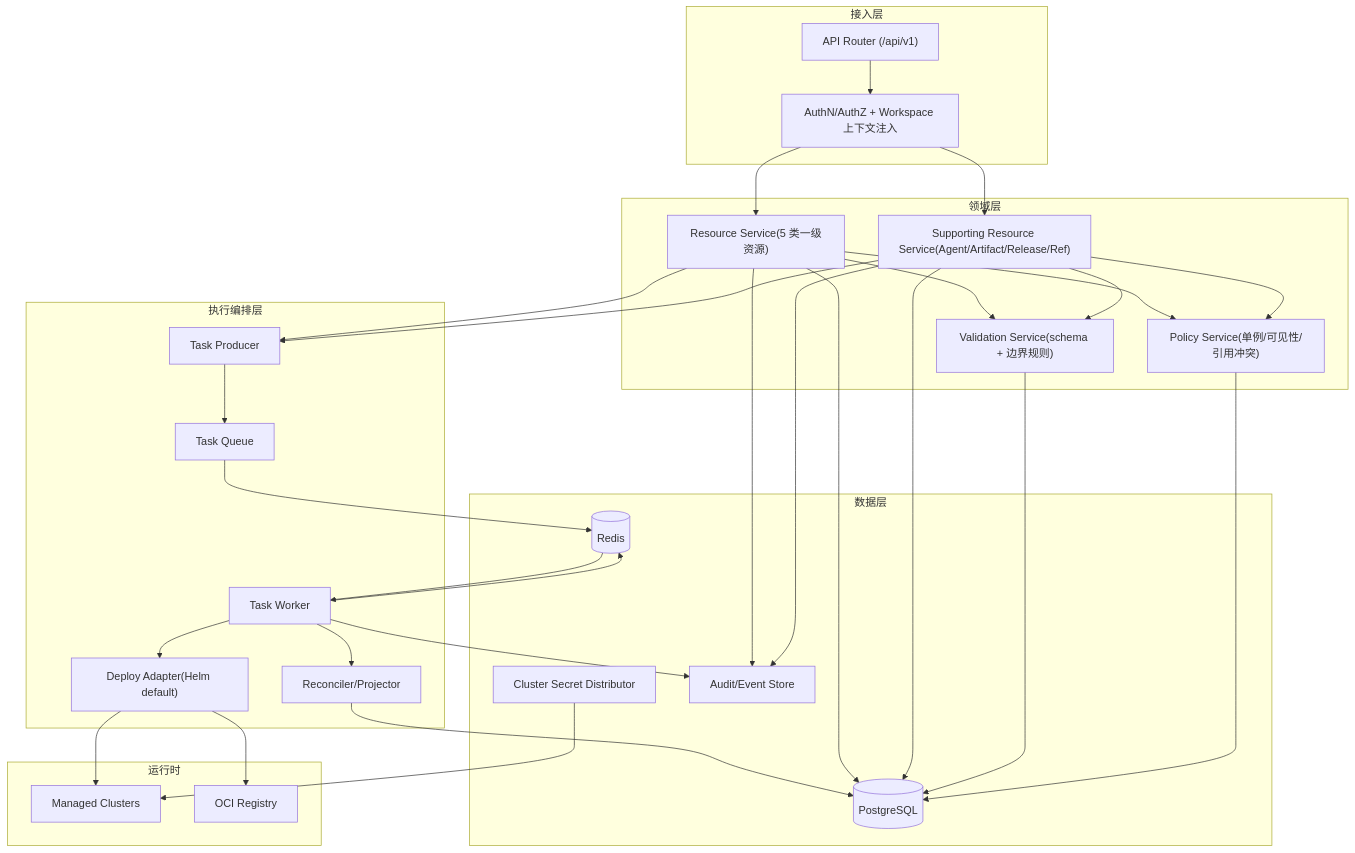
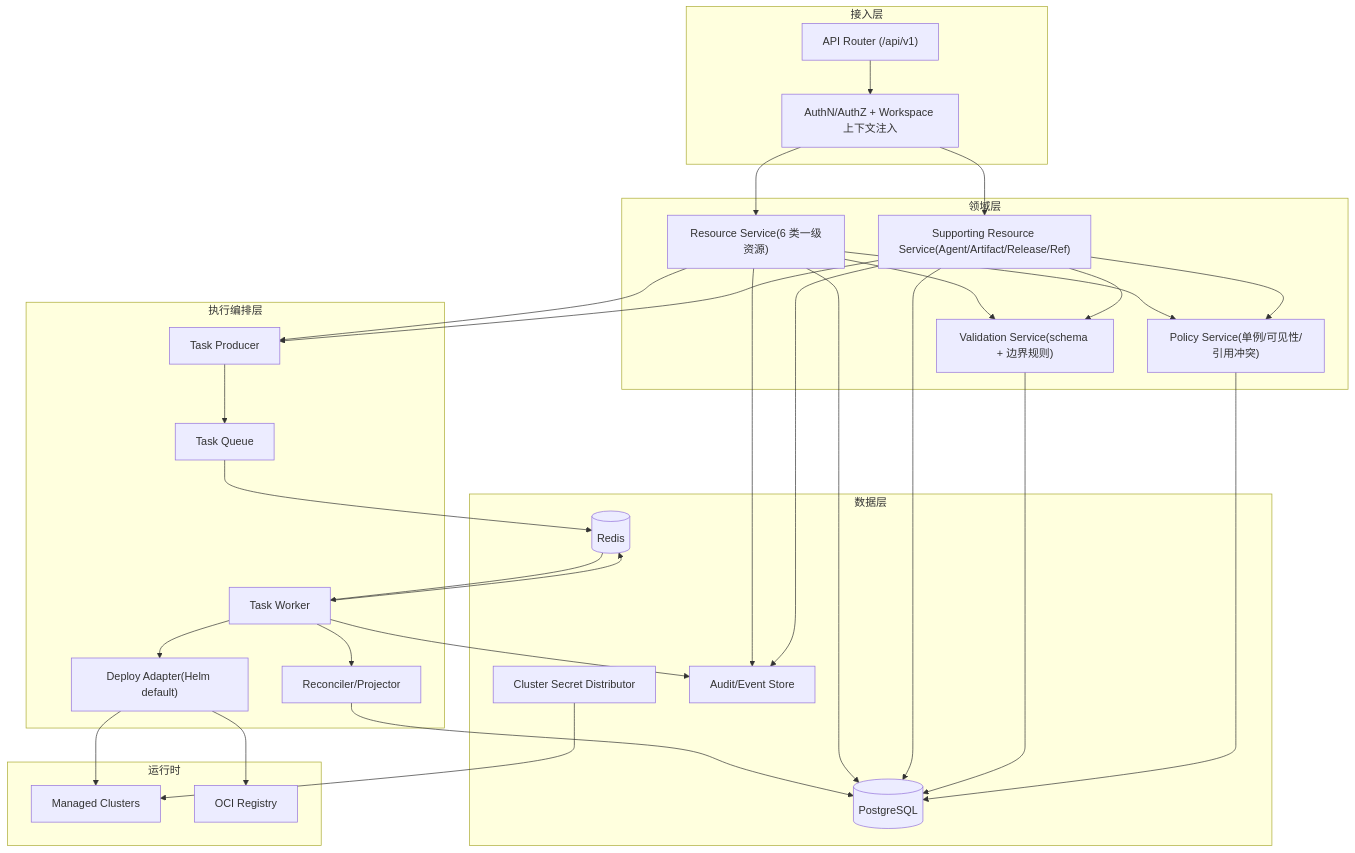
One commit to sentanl869/aether changed the second of 26 diagrams in docs/design.md. Above: the diagram before and after it, drawn with Mermaid. The commit also changed other lines of this file and 2 other files, not shown here.

Commit message:
[UPDATE]Complete T27 MEMORY first-class-resource convergence (six-resource baseline, mem0 migration, and R-MEM model/API/permission/NFR closure) across design, decision, and task tracking docs

````diff
--- a/docs/design.md
+++ b/docs/design.md
@@ -256,61 +257,61 @@
 ```mermaid
 flowchart TB
   subgraph Ingress["接入层"]
     GW["API Router (/api/v1)"]
     AUTH["AuthN/AuthZ + Workspace 上下文注入"]
   end
 
   subgraph Domain["领域层"]
-    RS["Resource Service(5 类一级资源)"]
+    RS["Resource Service(6 类一级资源)"]
     SS["Supporting Resource Service(Agent/Artifact/Release/Ref)"]
     VS["Validation Service(schema + 边界规则)"]
     PS["Policy Service(单例/可见性/引用冲突)"]
   end
 
   subgraph Execution["执行编排层"]
     TP["Task Producer"]
     Q["Task Queue"]
     WK["Task Worker"]
     ADP["Deploy Adapter(Helm default)"]
     REC["Reconciler/Projector"]
   end
 
   subgraph Data["数据层"]
     PG[("PostgreSQL")]
     RD[("Redis")]
     KCS["Cluster Secret Distributor"]
     EVT["Audit/Event Store"]
   end
 
   subgraph Runtime["运行时"]
     MC["Managed Clusters"]
     REG["OCI Registry"]
   end
 
   GW --> AUTH
   AUTH --> RS
   AUTH --> SS
   RS --> VS
   SS --> VS
   RS --> PS
   SS --> PS
   RS --> TP
   SS --> TP
   TP --> Q
   Q --> RD
   RD --> WK
   WK --> RD
   WK --> ADP
   ADP --> MC
   ADP --> REG
   WK --> REC
   REC --> PG
   RS --> PG
   SS --> PG
   VS --> PG
   PS --> PG
   WK --> EVT
   RS --> EVT
   SS --> EVT
   KCS --> MC
 ```
````
